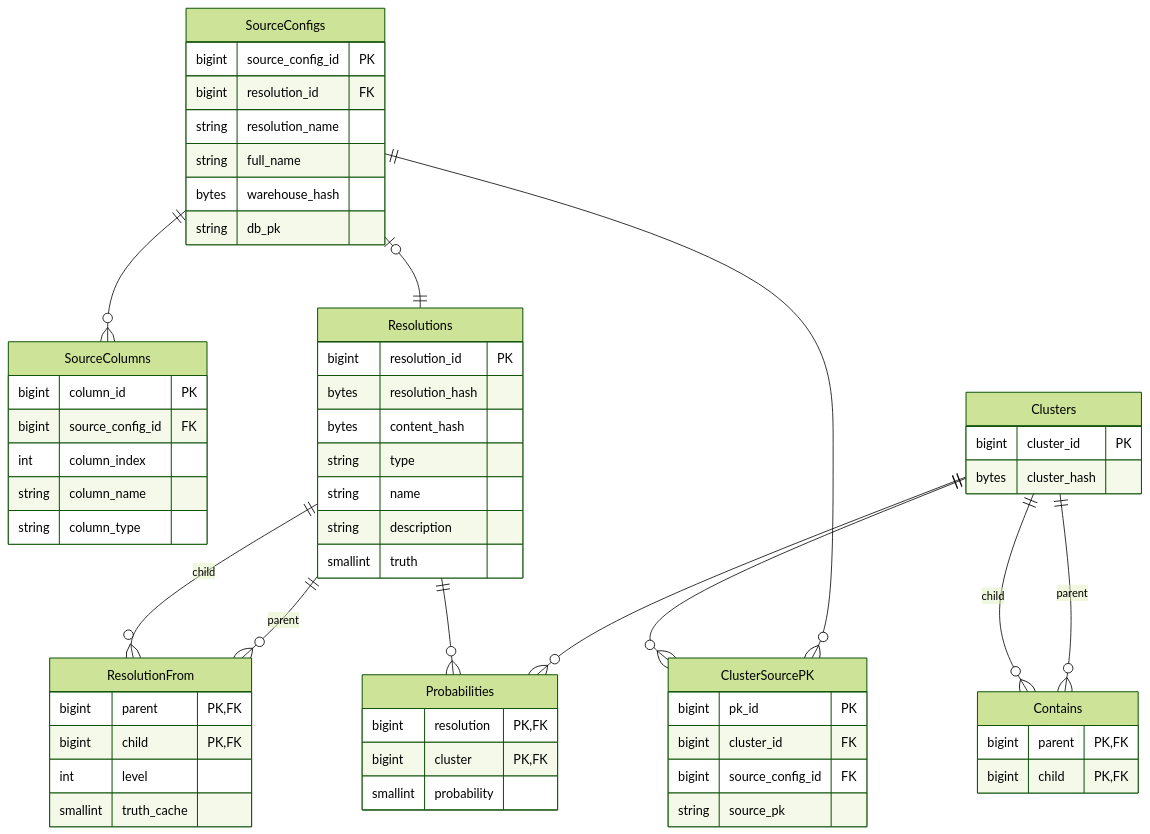
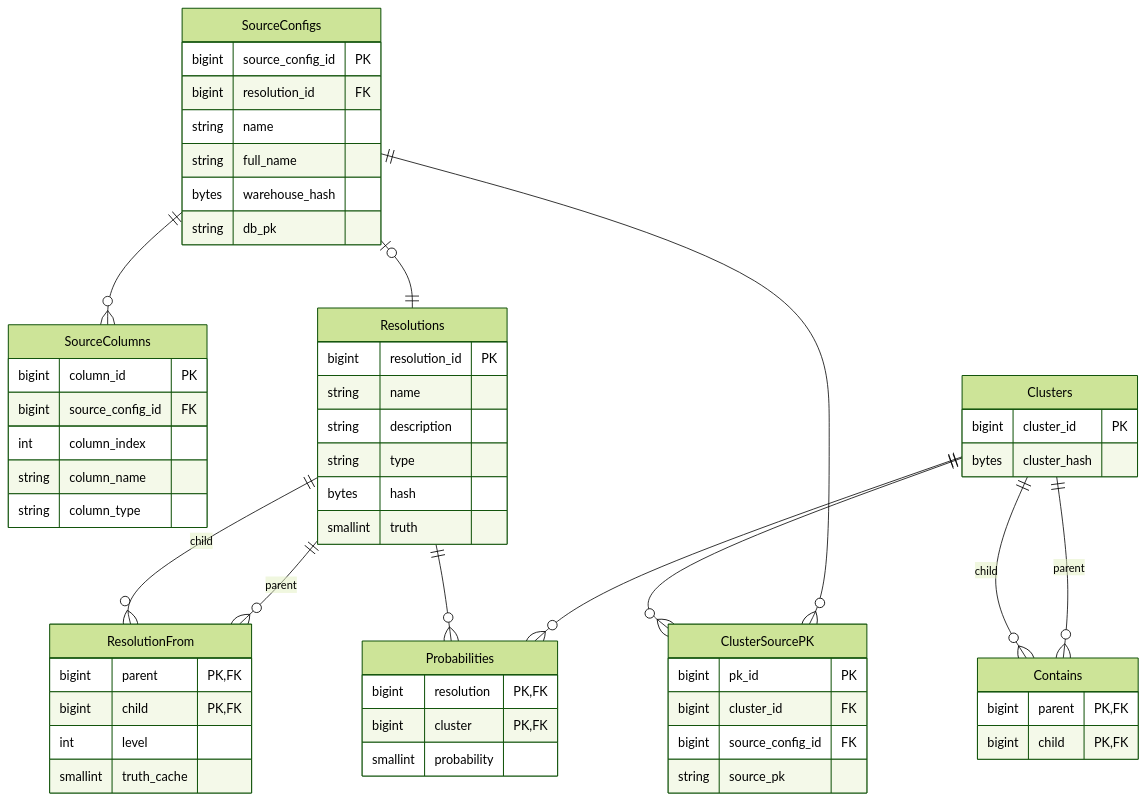
Before and after one commit to will-langdale/matchbox: the diagram in docs/api/server/backends/postgresql.md, drawn with Mermaid (forest theme). The commit also changed 44 other files, not shown here.

Commit message:
Renamed all calls to resolutions, models or sources to either NAME or their ROLE in the function. Type hinted with string type aliases. Simplified the resolutions object in the ORM and made resolution name the key access point.

````diff
--- a/docs/api/server/backends/postgresql.md
+++ b/docs/api/server/backends/postgresql.md
@@ -10,63 +10,62 @@
 ```mermaid
 erDiagram
     SourceConfigs {
         bigint source_config_id PK
         bigint resolution_id FK
-        string resolution_name
+        string name
         string full_name
         bytes warehouse_hash
         string db_pk
     }
     SourceColumns {
         bigint column_id PK
         bigint source_config_id FK
         int column_index
         string column_name
         string column_type
     }
     Clusters {
         bigint cluster_id PK
         bytes cluster_hash
     }
     ClusterSourcePK {
         bigint pk_id PK
         bigint cluster_id FK
         bigint source_config_id FK
         string source_pk
     }
     Contains {
         bigint parent PK,FK
         bigint child PK,FK
     }
     Probabilities {
         bigint resolution PK,FK
         bigint cluster PK,FK
         smallint probability
     }
     Resolutions {
         bigint resolution_id PK
-        bytes resolution_hash
-        bytes content_hash
-        string type
         string name
         string description
+        string type
+        bytes hash
         smallint truth
     }
     ResolutionFrom {
         bigint parent PK,FK
         bigint child PK,FK
         int level
         smallint truth_cache
     }
 
     SourceConfigs |o--|| Resolutions : ""
     SourceConfigs ||--o{ SourceColumns : ""
     SourceConfigs ||--o{ ClusterSourcePK : ""
     Clusters ||--o{ ClusterSourcePK : ""
     Clusters ||--o{ Probabilities : ""
     Clusters ||--o{ Contains : "parent"
     Contains }o--|| Clusters : "child"
     Resolutions ||--o{ Probabilities : ""
     Resolutions ||--o{ ResolutionFrom : "parent"
     ResolutionFrom }o--|| Resolutions : "child"
 ```
````
